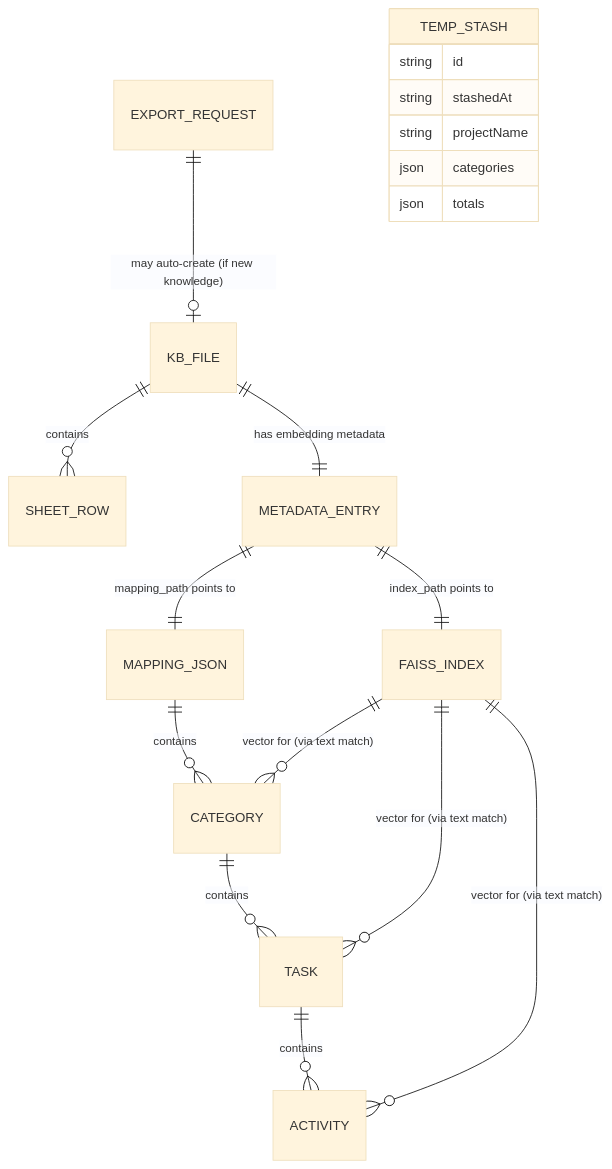
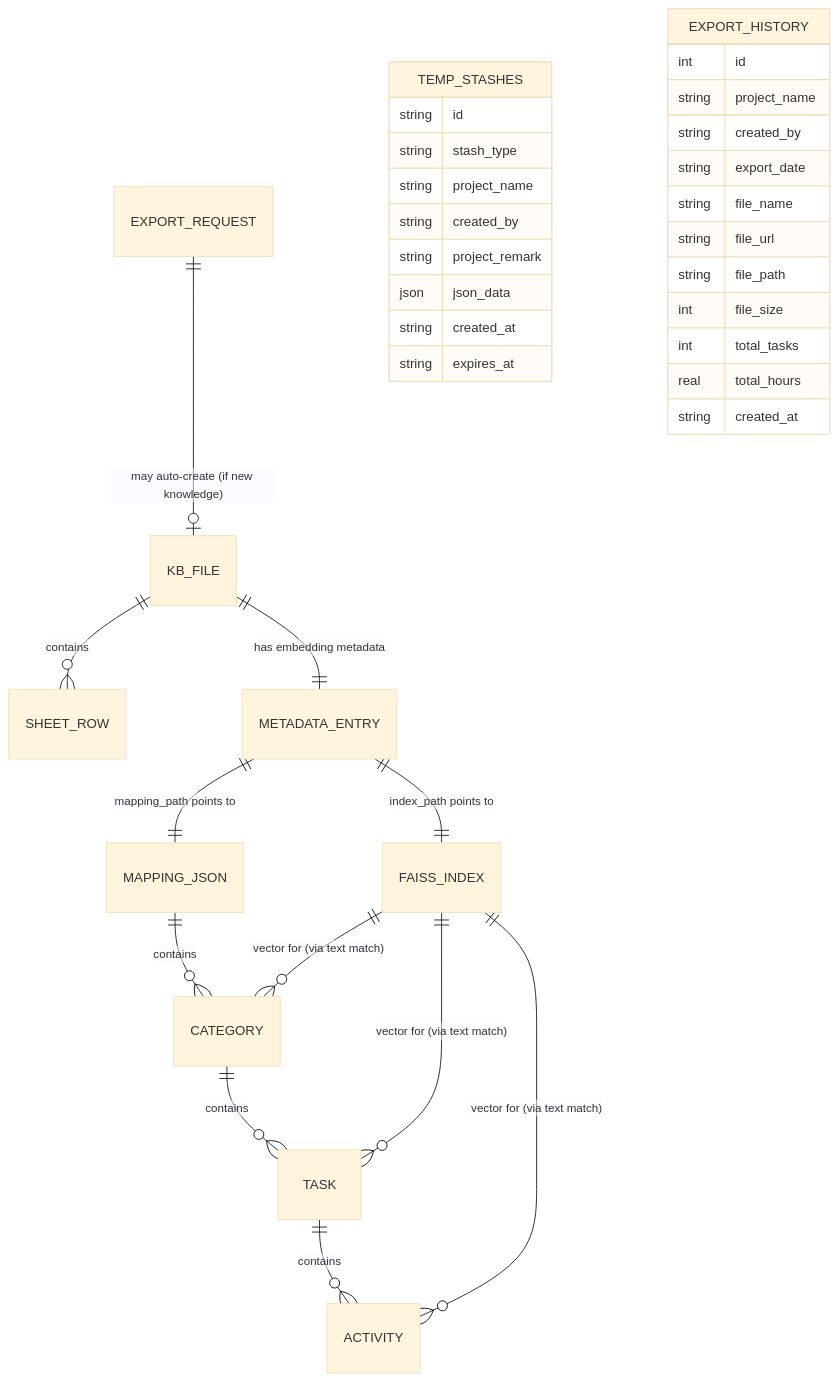
Before and after one commit to nhlynn/manhour-prediction: the diagram in docs/DATABASE.md, drawn with Mermaid (base theme). The commit also changed other lines of this file and 17 other files, not shown here.

````diff
--- a/docs/DATABASE.md
+++ b/docs/DATABASE.md
@@ -18,21 +36,37 @@
 ```mermaid
 erDiagram
     KB_FILE ||--o{ SHEET_ROW : contains
     KB_FILE ||--|| METADATA_ENTRY : "has embedding metadata"
     METADATA_ENTRY ||--|| FAISS_INDEX : "index_path points to"
     METADATA_ENTRY ||--|| MAPPING_JSON : "mapping_path points to"
     MAPPING_JSON ||--o{ CATEGORY : contains
     CATEGORY ||--o{ TASK : contains
     TASK ||--o{ ACTIVITY : contains
     FAISS_INDEX ||--o{ ACTIVITY : "vector for (via text match)"
     FAISS_INDEX ||--o{ TASK : "vector for (via text match)"
     FAISS_INDEX ||--o{ CATEGORY : "vector for (via text match)"
     EXPORT_REQUEST ||--o| KB_FILE : "may auto-create (if new knowledge)"
-    TEMP_STASH {
+    TEMP_STASHES {
         string id
-        string stashedAt
-        string projectName
-        json categories
-        json totals
+        string stash_type
+        string project_name
+        string created_by
+        string project_remark
+        json json_data
+        string created_at
+        string expires_at
+    }
+    EXPORT_HISTORY {
+        int id
+        string project_name
+        string created_by
+        string export_date
+        string file_name
+        string file_url
+        string file_path
+        int file_size
+        int total_tasks
+        real total_hours
+        string created_at
     }
 ```
````
